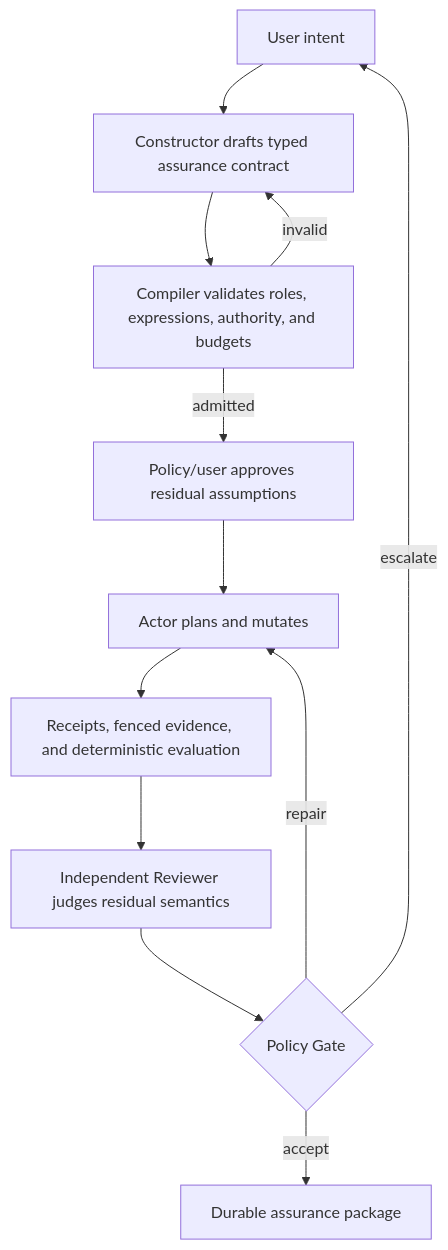
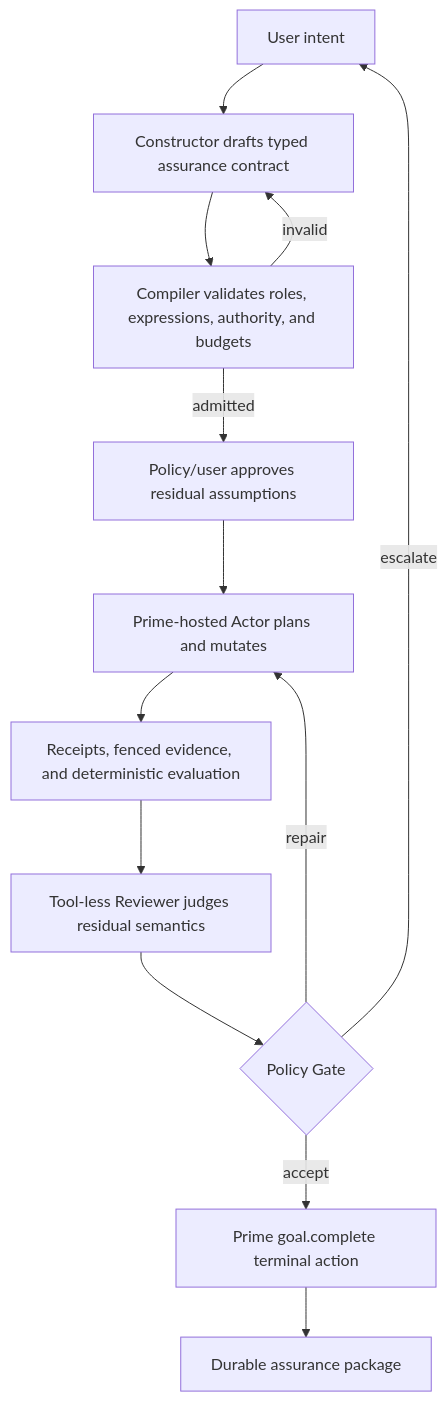
Before and after one commit to bringfire/Rook: the third of 3 diagrams in docs/superpowers/2026-08-17-coordinating-intelligence-candidate-architectures.md, drawn with Mermaid. The commit also changed other lines of this file, not shown here.

Commit message:
docs: close candidate architecture lifecycle gaps

````diff
--- a/docs/superpowers/2026-08-17-coordinating-intelligence-candidate-architectures.md
+++ b/docs/superpowers/2026-08-17-coordinating-intelligence-candidate-architectures.md
@@ -723,14 +849,15 @@
 ```mermaid
 flowchart TD
     U["User intent"] --> K["Constructor drafts typed assurance contract"]
     K --> C["Compiler validates roles, expressions, authority, and budgets"]
     C -->|"invalid"| K
     C -->|"admitted"| P["Policy/user approves residual assumptions"]
-    P --> A["Actor plans and mutates"]
+    P --> A["Prime-hosted Actor plans and mutates"]
     A --> E["Receipts, fenced evidence, and deterministic evaluation"]
-    E --> R["Independent Reviewer judges residual semantics"]
+    E --> R["Tool-less Reviewer judges residual semantics"]
     R --> G{"Policy Gate"}
     G -->|"repair"| A
-    G -->|"accept"| F["Durable assurance package"]
+    G -->|"accept"| T["Prime goal.complete terminal action"]
+    T --> F["Durable assurance package"]
     G -->|"escalate"| U
 ```
````
